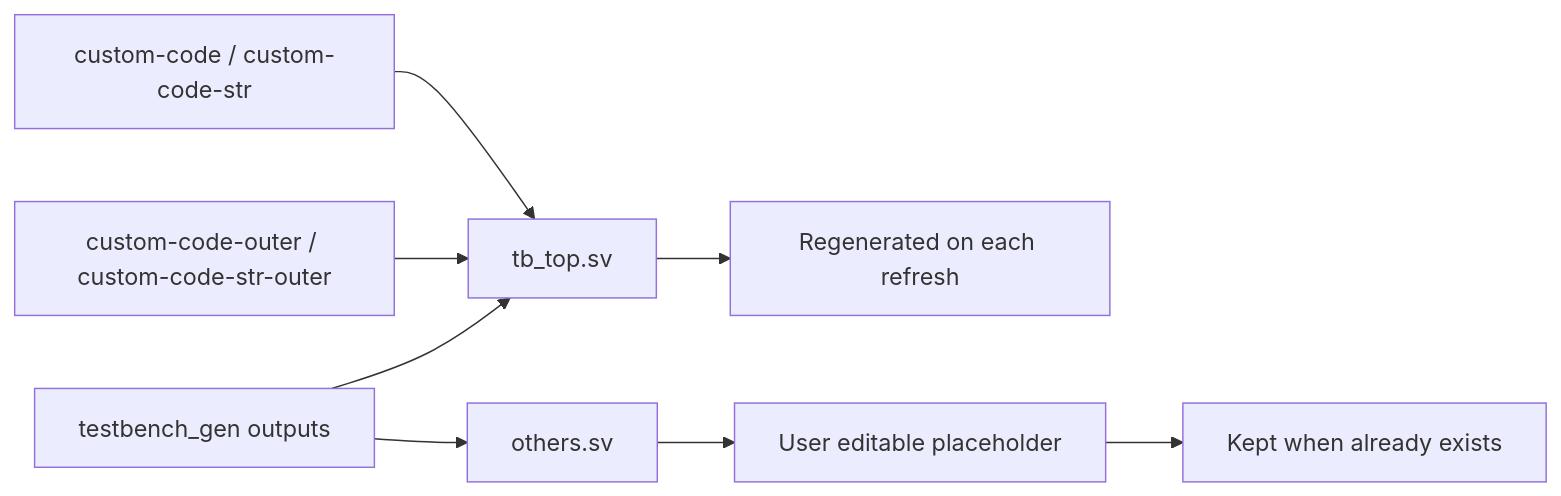
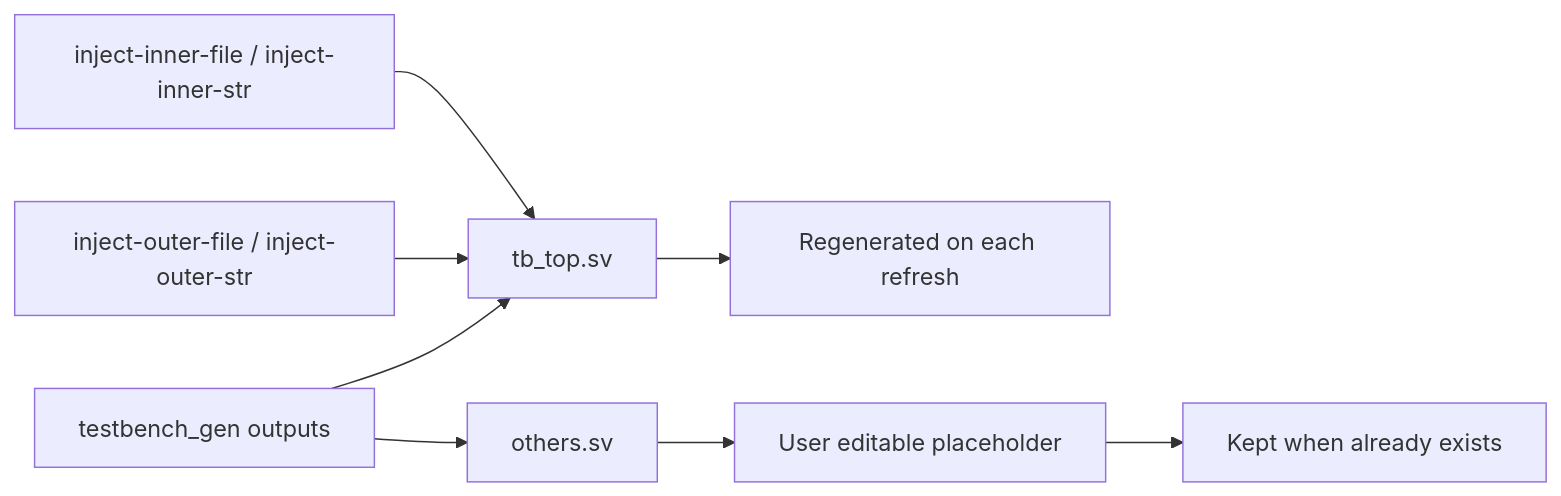
Before and after one commit to cyril0124/verilua: the diagram in docs/reference/testbench_generate.mdx, drawn with Mermaid. The commit also changed other lines of this file and 17 other files, not shown here.

````diff
--- a/docs/reference/testbench_generate.mdx
+++ b/docs/reference/testbench_generate.mdx
@@ -39,10 +39,10 @@
 ```mermaid
 flowchart LR
     A[testbench_gen outputs] --> B[tb_top.sv]
     A --> C[others.sv]
-    D[custom-code-outer / custom-code-str-outer] --> B
-    E[custom-code / custom-code-str] --> B
+    D[inject-outer-file / inject-outer-str] --> B
+    E[inject-inner-file / inject-inner-str] --> B
     B --> F[Regenerated on each refresh]
     C --> G[User editable placeholder]
     G --> H[Kept when already exists]
 ```
````
